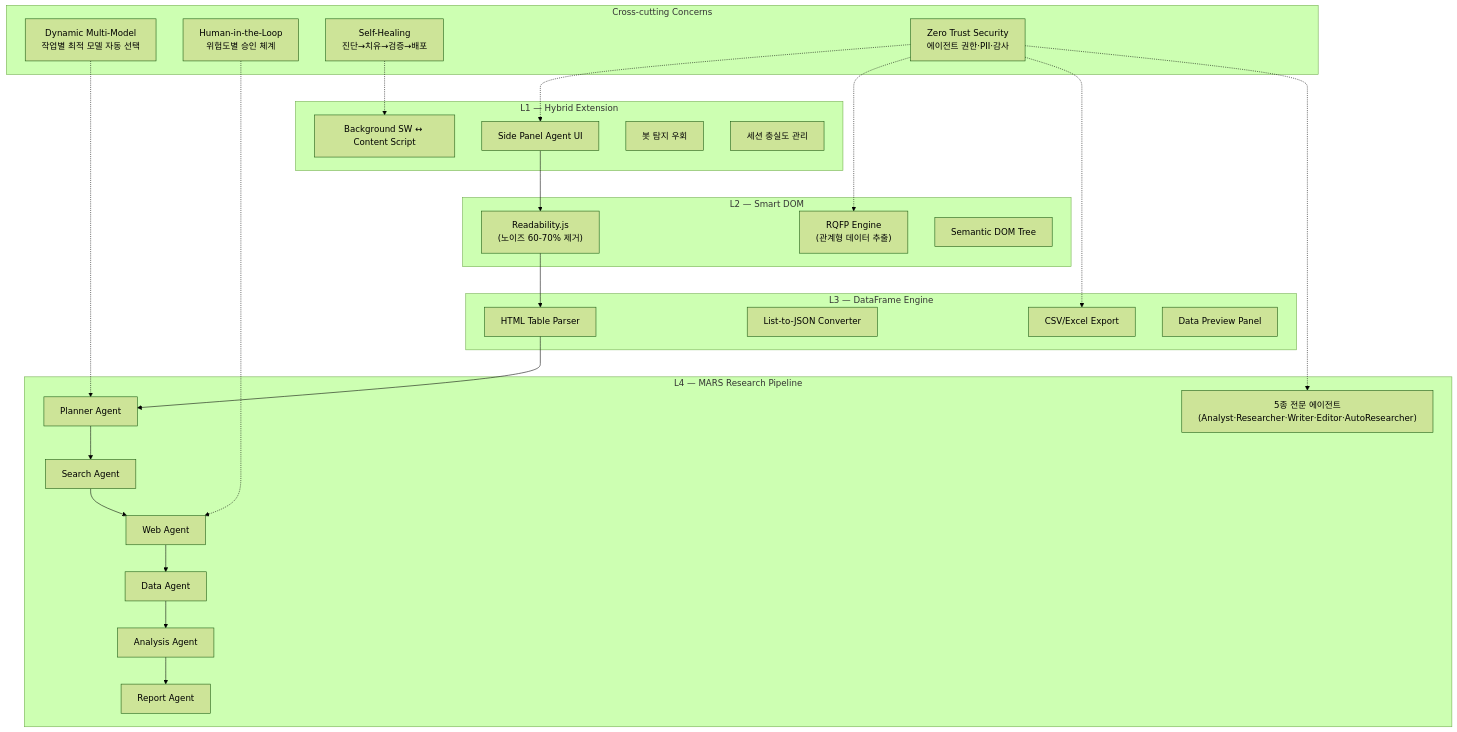
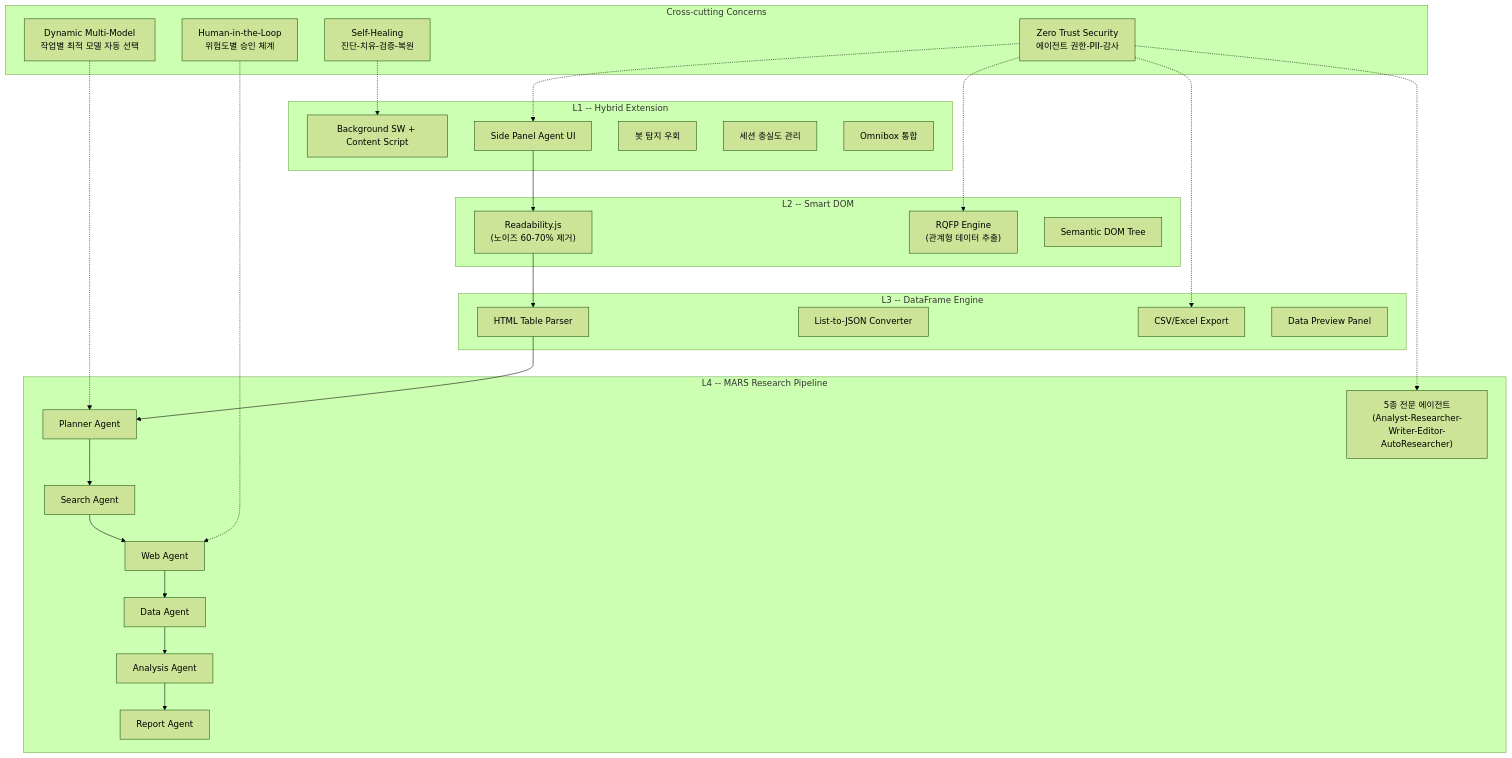
One commit to sgtlim0/sgtlim0.github.io changed the first of 2 diagrams in docs/SERVICE_PLAN_02_FEATURES.md. Above: the diagram before and after it, drawn with Mermaid (forest theme). The commit also changed other lines of this file, not shown here.

First line of the commit message:
docs: Part 2 Features v2.0 Chrome Extension 전면 재작성

````diff
--- a/docs/SERVICE_PLAN_02_FEATURES.md
+++ b/docs/SERVICE_PLAN_02_FEATURES.md
@@ -16,52 +59,53 @@
 ```mermaid
 graph TB
     subgraph "Cross-cutting Concerns"
         CC1[Dynamic Multi-Model<br/>작업별 최적 모델 자동 선택]
         CC2[Human-in-the-Loop<br/>위험도별 승인 체계]
-        CC3[Self-Healing<br/>진단→치유→검증→배포]
-        CC4[Zero Trust Security<br/>에이전트 권한·PII·감사]
+        CC3[Self-Healing<br/>진단-치유-검증-복원]
+        CC4[Zero Trust Security<br/>에이전트 권한-PII-감사]
     end
 
-    subgraph "L4 — MARS Research Pipeline"
+    subgraph "L4 -- MARS Research Pipeline"
         L4A[Planner Agent]
         L4B[Search Agent]
         L4C[Web Agent]
         L4D[Data Agent]
         L4E[Analysis Agent]
         L4F[Report Agent]
-        L4G["5종 전문 에이전트<br/>(Analyst·Researcher·Writer·Editor·AutoResearcher)"]
+        L4G["5종 전문 에이전트<br/>(Analyst-Researcher-Writer-Editor-AutoResearcher)"]
     end
 
-    subgraph "L3 — DataFrame Engine"
+    subgraph "L3 -- DataFrame Engine"
         L3A[HTML Table Parser]
         L3B[List-to-JSON Converter]
         L3C[CSV/Excel Export]
         L3D[Data Preview Panel]
     end
 
-    subgraph "L2 — Smart DOM"
+    subgraph "L2 -- Smart DOM"
         L2A["Readability.js<br/>(노이즈 60-70% 제거)"]
         L2B["RQFP Engine<br/>(관계형 데이터 추출)"]
         L2C[Semantic DOM Tree]
     end
 
-    subgraph "L1 — Hybrid Extension"
+    subgraph "L1 -- Hybrid Extension"
         L1A[Side Panel Agent UI]
-        L1B[Background SW ↔ Content Script]
+        L1B[Background SW + Content Script]
         L1C[봇 탐지 우회]
         L1D[세션 충실도 관리]
+        L1E[Omnibox 통합]
     end
 
     L1A --> L2A
     L2A --> L3A
     L3A --> L4A
     L4A --> L4B --> L4C --> L4D --> L4E --> L4F
 
     CC1 -.-> L4A
     CC2 -.-> L4C
     CC3 -.-> L1B
     CC4 -.-> L1A
     CC4 -.-> L2B
     CC4 -.-> L3C
     CC4 -.-> L4G
 ```
````
